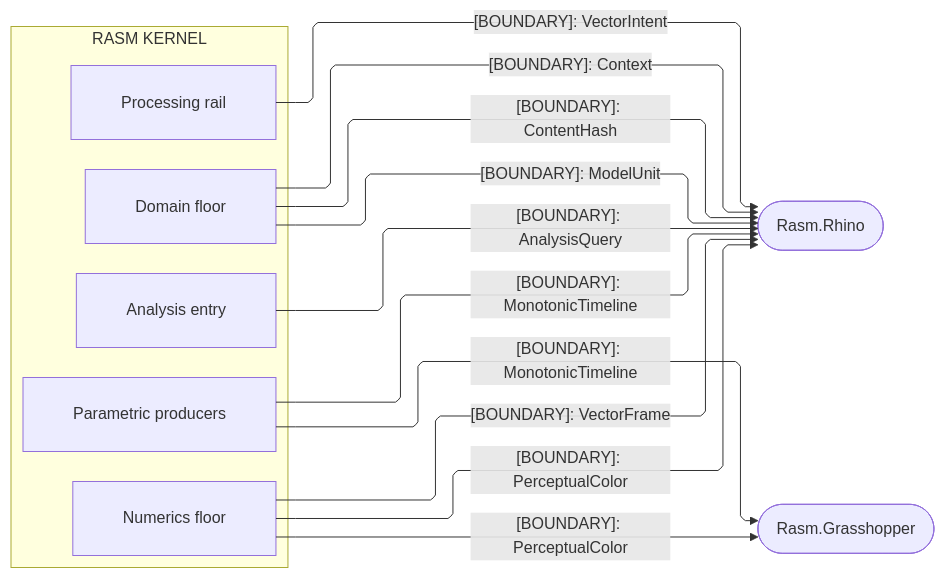
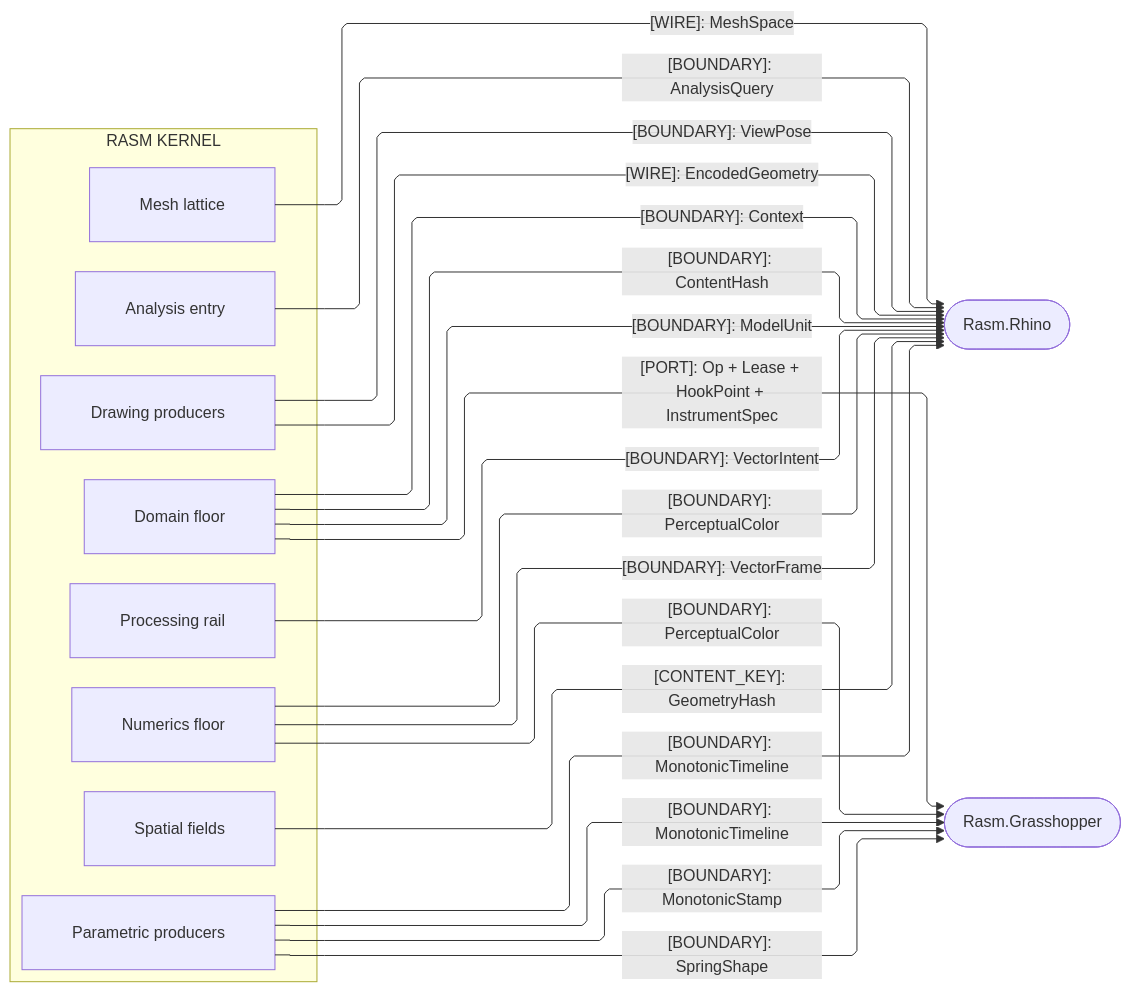
The fourth of 4 diagrams in libs/csharp/Rasm/ARCHITECTURE.md (bsamiee/Rasm), drawn with Mermaid before and after one commit. The commit also changed other lines of this file and 16 other files, not shown here.

````diff
--- a/libs/csharp/Rasm/ARCHITECTURE.md
+++ b/libs/csharp/Rasm/ARCHITECTURE.md
@@ -253,31 +263,41 @@
 ```mermaid
 ---
 config:
   layout: elk
   flowchart:
     curve: linear
     padding: 25
 ---
 flowchart LR
     accTitle: Kernel host-UI boundary seams
-    accDescr: Kernel sub-domain owners handing frozen-name boundary contracts to the Rhino and Grasshopper host packages, every rail one-way down from the kernel.
+    accDescr: Kernel sub-domain owners handing frozen-name boundary contracts, geometry wires, content keys, and the causal-frame port to the Rhino and Grasshopper host packages, every rail one-way down from the kernel.
     subgraph rasm[RASM KERNEL]
         Domain[Domain floor]
         Numerics[Numerics floor]
+        Spatial[Spatial fields]
+        Meshing[Mesh lattice]
         Parametric[Parametric producers]
         Processing[Processing rail]
+        Drawing[Drawing producers]
         Analysis[Analysis entry]
     end
     Rhino([Rasm.Rhino])
     Grasshopper([Rasm.Grasshopper])
     Numerics e8@-->|"[BOUNDARY]: PerceptualColor"| Rhino
     Numerics e9@-->|"[BOUNDARY]: PerceptualColor"| Grasshopper
     Domain e16@-->|"[BOUNDARY]: Context"| Rhino
     Domain e17@-->|"[BOUNDARY]: ContentHash"| Rhino
     Parametric e10@-->|"[BOUNDARY]: MonotonicTimeline"| Rhino
     Parametric e11@-->|"[BOUNDARY]: MonotonicTimeline"| Grasshopper
     Processing e12@-->|"[BOUNDARY]: VectorIntent"| Rhino
     Analysis e13@-->|"[BOUNDARY]: AnalysisQuery"| Rhino
     Domain e14@-->|"[BOUNDARY]: ModelUnit"| Rhino
     Numerics e15@-->|"[BOUNDARY]: VectorFrame"| Rhino
+    Drawing e18@-->|"[BOUNDARY]: ViewPose"| Rhino
+    Drawing e19@-->|"[WIRE]: EncodedGeometry"| Rhino
+    Meshing e20@-->|"[WIRE]: MeshSpace"| Rhino
+    Spatial e21@-->|"[CONTENT_KEY]: GeometryHash"| Rhino
+    Parametric e22@-->|"[BOUNDARY]: MonotonicStamp"| Grasshopper
+    Parametric e23@-->|"[BOUNDARY]: SpringShape"| Grasshopper
+    Domain e24@-->|"[PORT]: Op + Lease + HookPoint + InstrumentSpec"| Grasshopper
 ```
````
